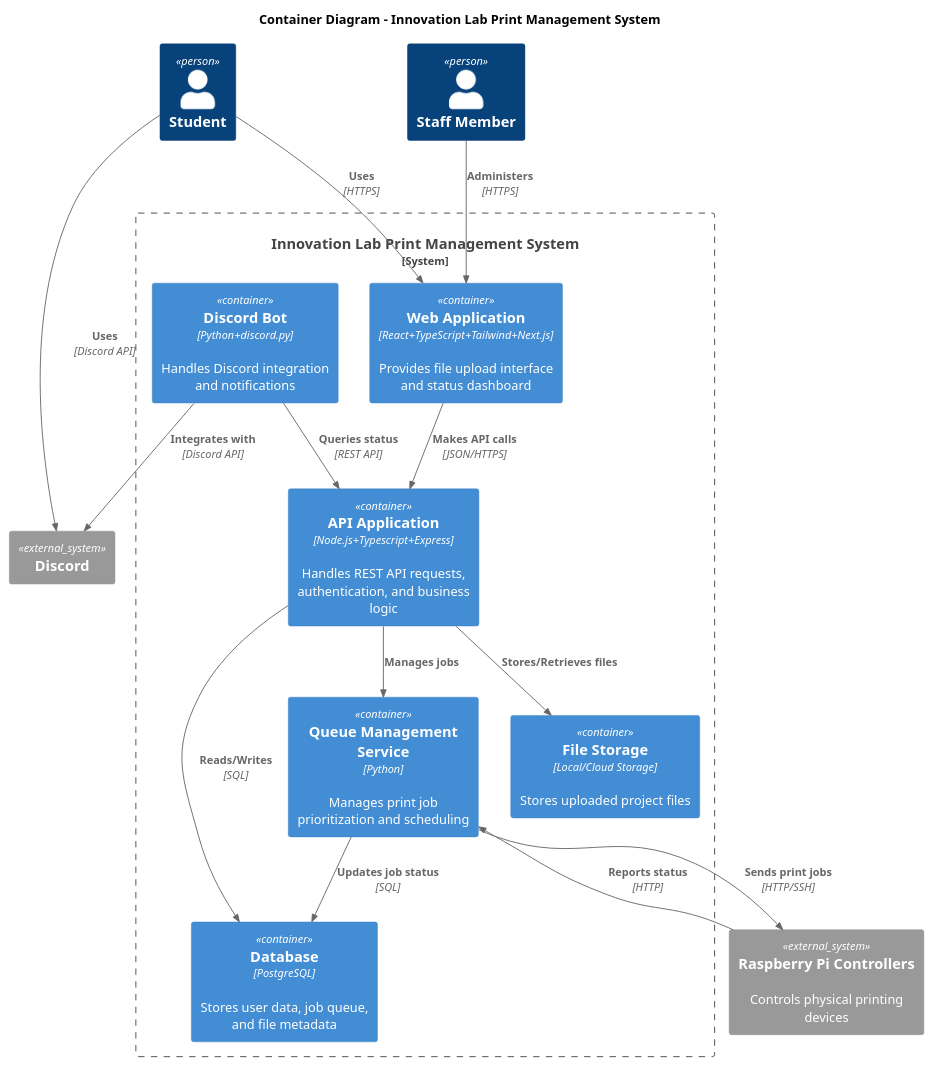
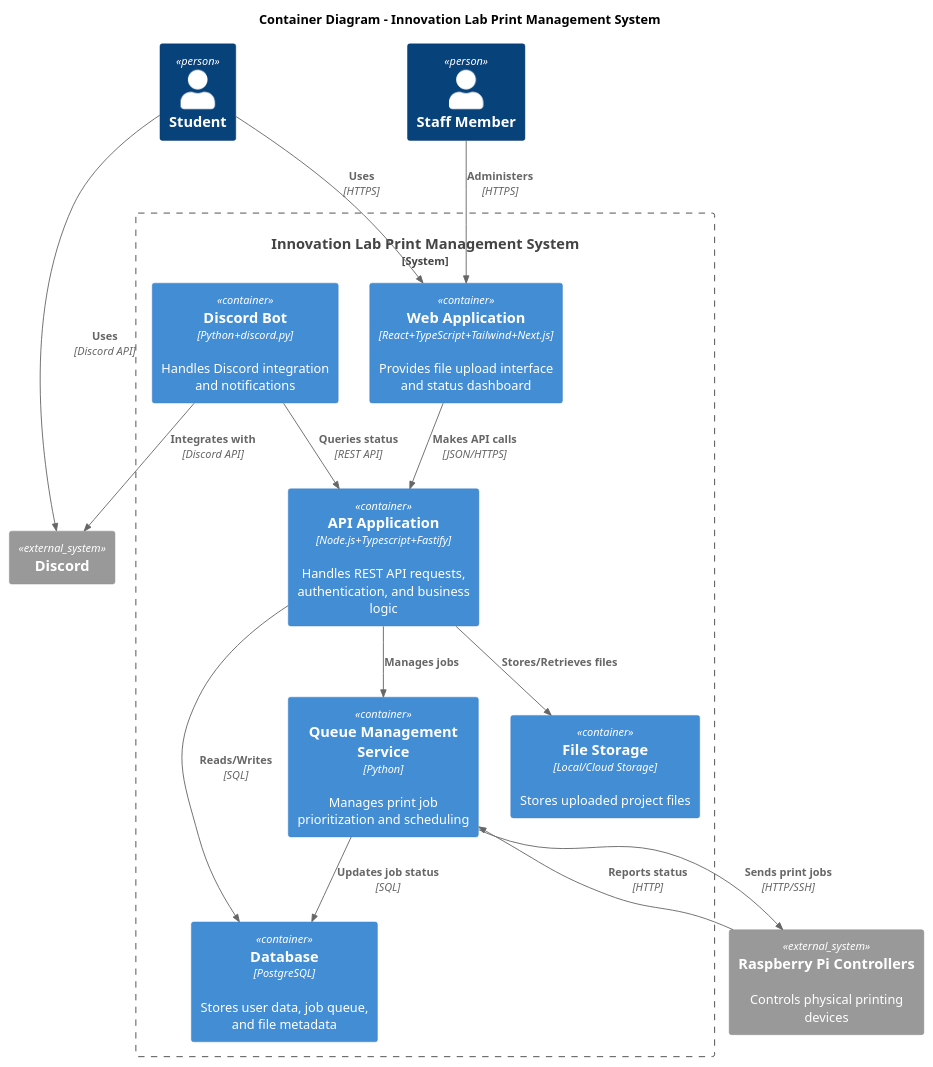
The diagram in docs/architecture/diagrams/level2-containers.puml (LWTech-Innovation-Lab/LWTech-Innovation-Lab), drawn with PlantUML before and after one commit. The commit also changed 3 other files, not shown here.

Commit message:
refactor: update API application and component diagrams to use Fastify instead of Express

```diff
--- a/docs/architecture/diagrams/level2-containers.puml
+++ b/docs/architecture/diagrams/level2-containers.puml
@@ -1,37 +1,37 @@
 @startuml Level2_Containers
 !include https://raw.githubusercontent.com/plantuml-stdlib/C4-PlantUML/master/C4_Container.puml
 
 title Container Diagram - Innovation Lab Print Management System
 
 Person(student, "Student")
 Person(staff, "Staff Member")
 System_Ext(discord, "Discord")
 
 System_Boundary(printSystem, "Innovation Lab Print Management System") {
     Container(webApp, "Web Application", "React+TypeScript+Tailwind+Next.js", "Provides file upload interface and status dashboard")
-    Container(apiApp, "API Application", "Node.js+Typescript+Express", "Handles REST API requests, authentication, and business logic")
+    Container(apiApp, "API Application", "Node.js+Typescript+Fastify", "Handles REST API requests, authentication, and business logic")
     Container(database, "Database", "PostgreSQL", "Stores user data, job queue, and file metadata")
     Container(queueManager, "Queue Management Service", "Python", "Manages print job prioritization and scheduling")
     Container(discordBot, "Discord Bot", "Python+discord.py", "Handles Discord integration and notifications")
     Container(fileStorage, "File Storage", "Local/Cloud Storage", "Stores uploaded project files")
 }
 
 System_Ext(raspberryPi, "Raspberry Pi Controllers", "Controls physical printing devices")
 
 Rel(student, webApp, "Uses", "HTTPS")
 Rel(student, discord, "Uses", "Discord API")
 Rel(staff, webApp, "Administers", "HTTPS")
 
 Rel(webApp, apiApp, "Makes API calls", "JSON/HTTPS")
 Rel(discordBot, discord, "Integrates with", "Discord API")
 Rel(discordBot, apiApp, "Queries status", "REST API")
 
 Rel(apiApp, database, "Reads/Writes", "SQL")
 Rel(apiApp, fileStorage, "Stores/Retrieves files")
 Rel(apiApp, queueManager, "Manages jobs")
 
 Rel(queueManager, database, "Updates job status", "SQL")
 Rel(queueManager, raspberryPi, "Sends print jobs", "HTTP/SSH")
 Rel(raspberryPi, queueManager, "Reports status", "HTTP")
 
 @enduml
```
